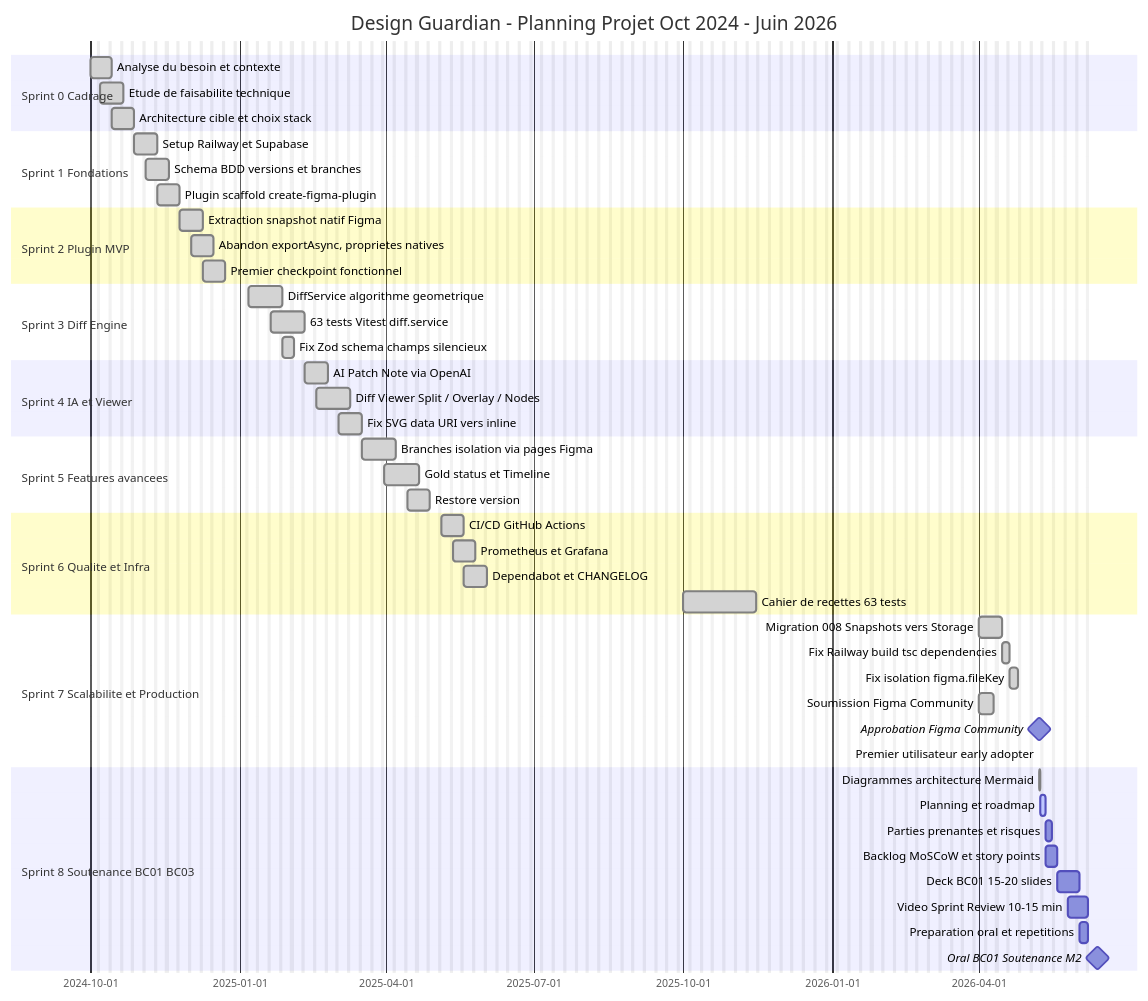
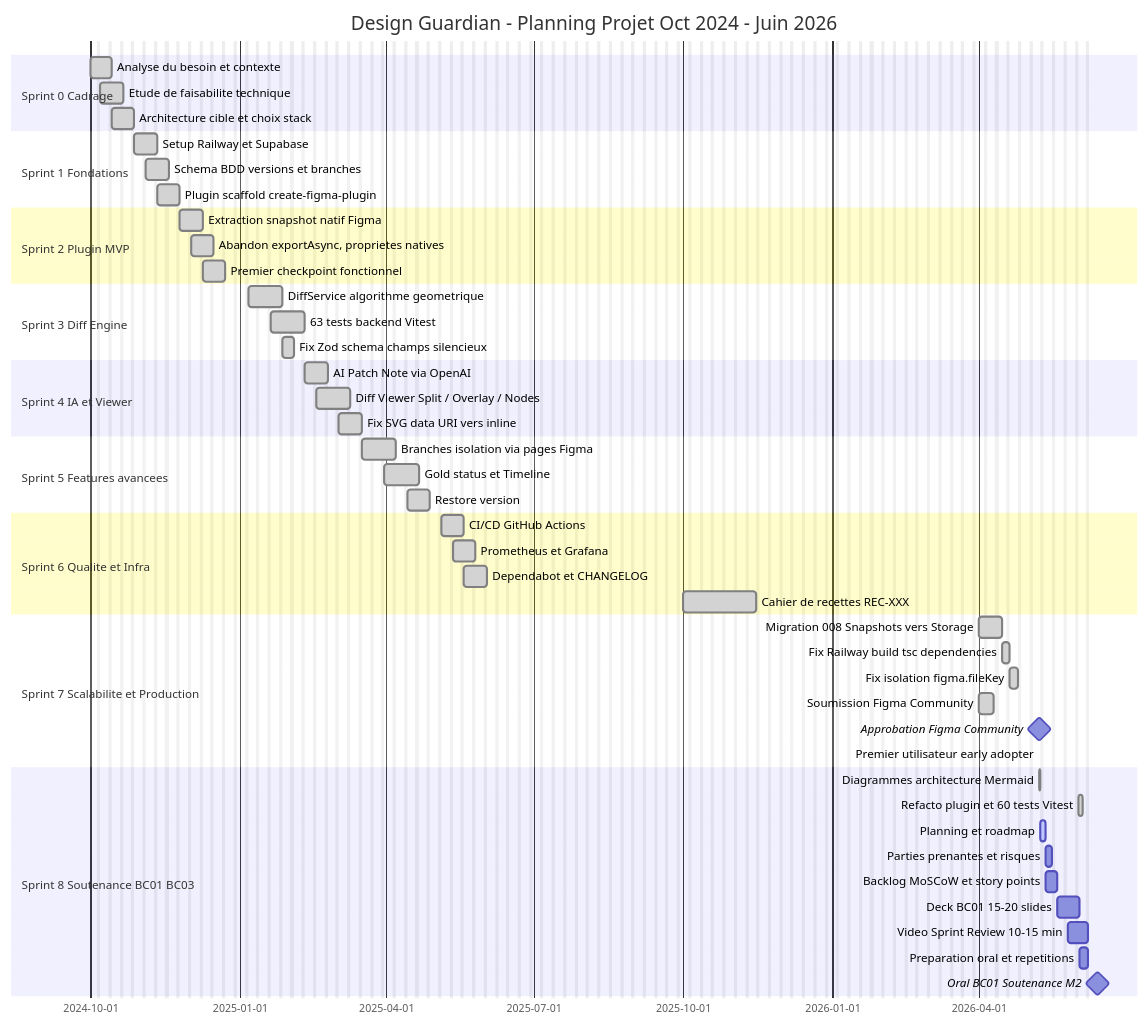
One commit to Hardi99/design-guardian changed the first of 3 diagrams in docs/BC01/02-gantt.md. Above: the diagram before and after it, drawn with Mermaid. The commit also changed 2 other files, not shown here.

Commit message:
docs(BC01): update Mermaid diagrams (exportAsync SVG, 123 tests, fix deploy edge)

````diff
--- a/docs/BC01/02-gantt.md
+++ b/docs/BC01/02-gantt.md
@@ -5,60 +5,61 @@
 ```mermaid
 gantt
     title Design Guardian - Planning Projet Oct 2024 - Juin 2026
     dateFormat YYYY-MM-DD
     excludes weekends
 
     section Sprint 0 Cadrage
         Analyse du besoin et contexte          :done, s0a, 2024-10-01, 2024-10-14
         Etude de faisabilite technique         :done, s0b, 2024-10-07, 2024-10-21
         Architecture cible et choix stack      :done, s0c, 2024-10-14, 2024-10-28
 
     section Sprint 1 Fondations
         Setup Railway et Supabase              :done, s1a, 2024-10-28, 2024-11-11
         Schema BDD versions et branches        :done, s1b, 2024-11-04, 2024-11-18
         Plugin scaffold create-figma-plugin    :done, s1c, 2024-11-11, 2024-11-25
 
     section Sprint 2 Plugin MVP
         Extraction snapshot natif Figma        :done, s2a, 2024-11-25, 2024-12-09
         Abandon exportAsync, proprietes natives :done, s2b, 2024-12-02, 2024-12-16
         Premier checkpoint fonctionnel         :done, s2c, 2024-12-09, 2024-12-23
 
     section Sprint 3 Diff Engine
         DiffService algorithme geometrique     :done, s3a, 2025-01-06, 2025-01-27
-        63 tests Vitest diff.service           :done, s3b, 2025-01-20, 2025-02-10
+        63 tests backend Vitest                :done, s3b, 2025-01-20, 2025-02-10
         Fix Zod schema champs silencieux       :done, s3c, 2025-01-27, 2025-02-03
 
     section Sprint 4 IA et Viewer
         AI Patch Note via OpenAI               :done, s4a, 2025-02-10, 2025-02-24
         Diff Viewer Split / Overlay / Nodes    :done, s4b, 2025-02-17, 2025-03-10
         Fix SVG data URI vers inline           :done, s4c, 2025-03-03, 2025-03-17
 
     section Sprint 5 Features avancees
         Branches isolation via pages Figma     :done, s5a, 2025-03-17, 2025-04-07
         Gold status et Timeline                :done, s5b, 2025-03-31, 2025-04-21
         Restore version                        :done, s5c, 2025-04-14, 2025-04-28
 
     section Sprint 6 Qualite et Infra
         CI/CD GitHub Actions                   :done, s6a, 2025-05-05, 2025-05-19
         Prometheus et Grafana                  :done, s6b, 2025-05-12, 2025-05-26
         Dependabot et CHANGELOG                :done, s6c, 2025-05-19, 2025-06-02
-        Cahier de recettes 63 tests            :done, s6d, 2025-10-01, 2025-11-15
+        Cahier de recettes REC-XXX             :done, s6d, 2025-10-01, 2025-11-15
 
     section Sprint 7 Scalabilite et Production
         Migration 008 Snapshots vers Storage   :done, s7a, 2026-04-01, 2026-04-15
         Fix Railway build tsc dependencies     :done, s7b, 2026-04-15, 2026-04-20
         Fix isolation figma.fileKey            :done, s7c, 2026-04-20, 2026-04-25
         Soumission Figma Community             :done, s7d, 2026-04-01, 2026-04-10
         Approbation Figma Community            :milestone, figmaok, 2026-05-08, 0d
         Premier utilisateur early adopter      :done, s7e, 2026-05-08, 2026-05-08
 
     section Sprint 8 Soutenance BC01 BC03
         Diagrammes architecture Mermaid        :done, s8a, 2026-05-08, 2026-05-09
+        Refacto plugin et 60 tests Vitest      :done, s8h, 2026-06-01, 2026-06-04
         Planning et roadmap                    :active, s8b, 2026-05-09, 2026-05-12
         Parties prenantes et risques           :s8c, 2026-05-12, 2026-05-16
         Backlog MoSCoW et story points         :s8d, 2026-05-12, 2026-05-19
         Deck BC01 15-20 slides                 :s8e, 2026-05-19, 2026-06-02
         Video Sprint Review 10-15 min          :s8f, 2026-05-26, 2026-06-07
         Preparation oral et repetitions        :s8g, 2026-06-02, 2026-06-07
         Oral BC01 Soutenance M2                :milestone, sout, 2026-06-13, 0d
 ```
````
